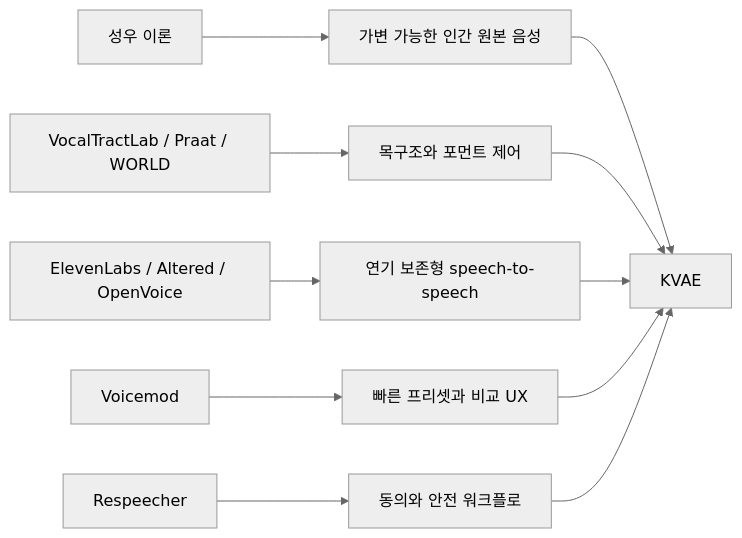
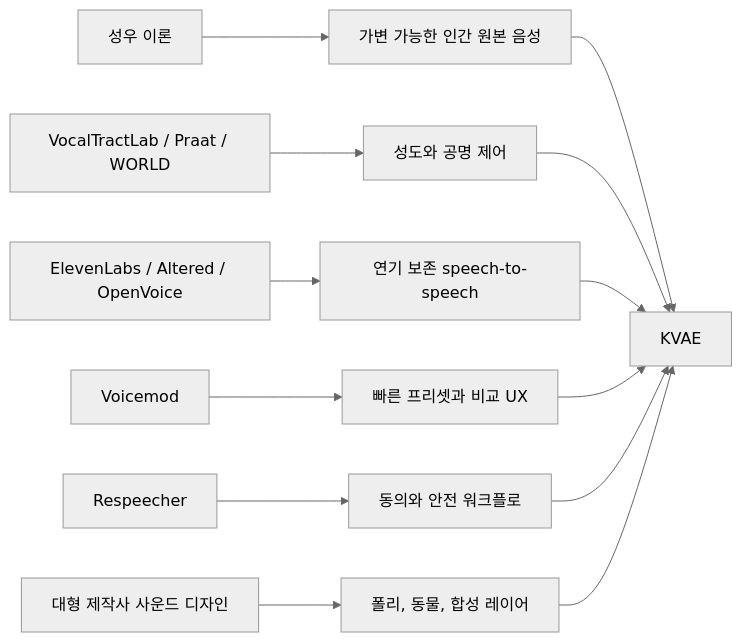
The diagram in docs/PRO_VOICE_BENCHMARK_IMPLEMENTATION.ko.md (sinmb79/korean-voice-acting-engine), drawn with Mermaid (neutral theme) before and after one commit. The commit also changed other lines of this file and 13 other files, not shown here.

````diff
--- a/docs/PRO_VOICE_BENCHMARK_IMPLEMENTATION.ko.md
+++ b/docs/PRO_VOICE_BENCHMARK_IMPLEMENTATION.ko.md
@@ -7,13 +7,15 @@
 ```mermaid
 flowchart LR
   A["성우 이론"] --> B["가변 가능한 인간 원본 음성"]
-  C["VocalTractLab / Praat / WORLD"] --> D["목구조와 포먼트 제어"]
-  E["ElevenLabs / Altered / OpenVoice"] --> F["연기 보존형 speech-to-speech"]
+  C["VocalTractLab / Praat / WORLD"] --> D["성도와 공명 제어"]
+  E["ElevenLabs / Altered / OpenVoice"] --> F["연기 보존 speech-to-speech"]
   G["Voicemod"] --> H["빠른 프리셋과 비교 UX"]
   I["Respeecher"] --> J["동의와 안전 워크플로"]
+  L["대형 제작사 사운드 디자인"] --> M["폴리, 동물, 합성 레이어"]
   B --> K["KVAE"]
   D --> K
   F --> K
   H --> K
   J --> K
+  M --> K
 ```
````
